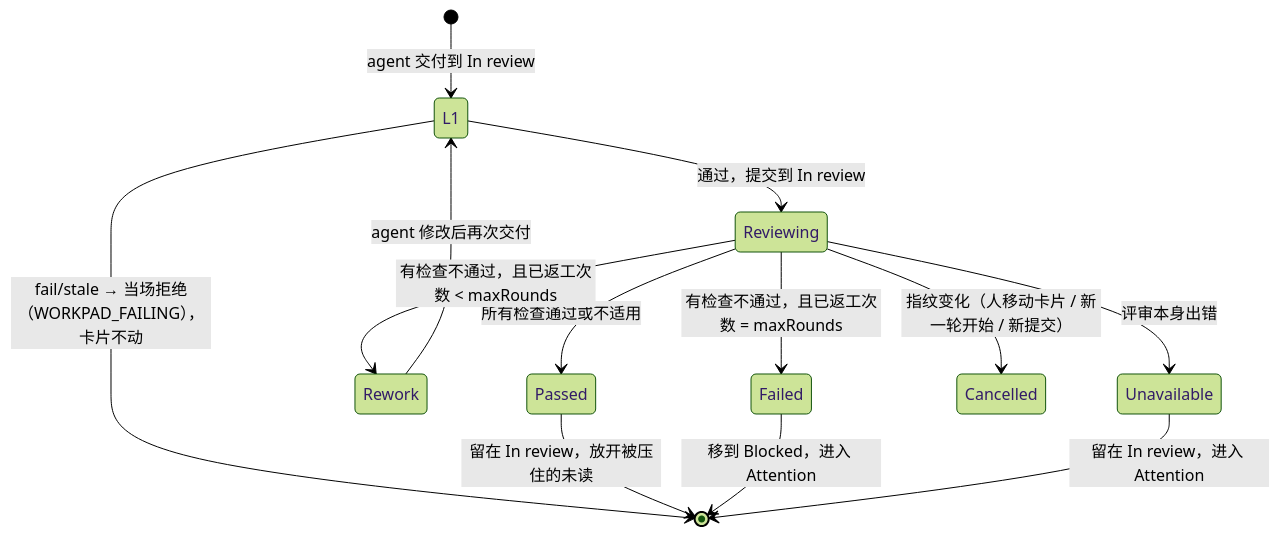
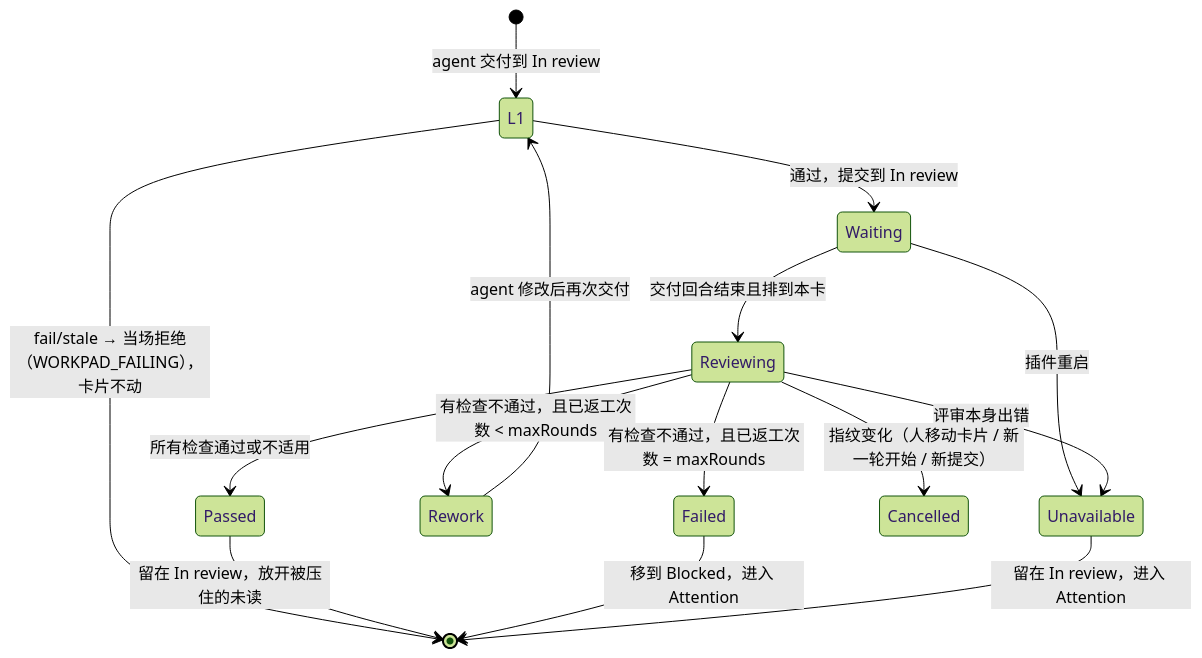
Before and after one commit to JasprW/flowly: the diagram in docs/AUTO-REVIEW-SPEC.md, drawn with Mermaid (forest theme). The commit also changed other lines of this file and 56 other files, not shown here.

First line of the commit message:
fix(auto-review): show waiting status before review starts (#108)

````diff
--- a/docs/AUTO-REVIEW-SPEC.md
+++ b/docs/AUTO-REVIEW-SPEC.md
@@ -60,15 +62,17 @@
 ```mermaid
 stateDiagram-v2
     [*] --> L1: agent 交付到 In review
     L1 --> [*]: fail/stale → 当场拒绝（WORKPAD_FAILING），卡片不动
-    L1 --> Reviewing: 通过，提交到 In review
+    L1 --> Waiting: 通过，提交到 In review
+    Waiting --> Reviewing: 交付回合结束且排到本卡
+    Waiting --> Unavailable: 插件重启
     Reviewing --> Passed: 所有检查通过或不适用
     Reviewing --> Rework: 有检查不通过，且已返工次数 < maxRounds
     Reviewing --> Failed: 有检查不通过，且已返工次数 = maxRounds
     Reviewing --> Unavailable: 评审本身出错
     Reviewing --> Cancelled: 指纹变化（人移动卡片 / 新一轮开始 / 新提交）
     Rework --> L1: agent 修改后再次交付
     Passed --> [*]: 留在 In review，放开被压住的未读
     Failed --> [*]: 移到 Blocked，进入 Attention
     Unavailable --> [*]: 留在 In review，进入 Attention
 ```
````
